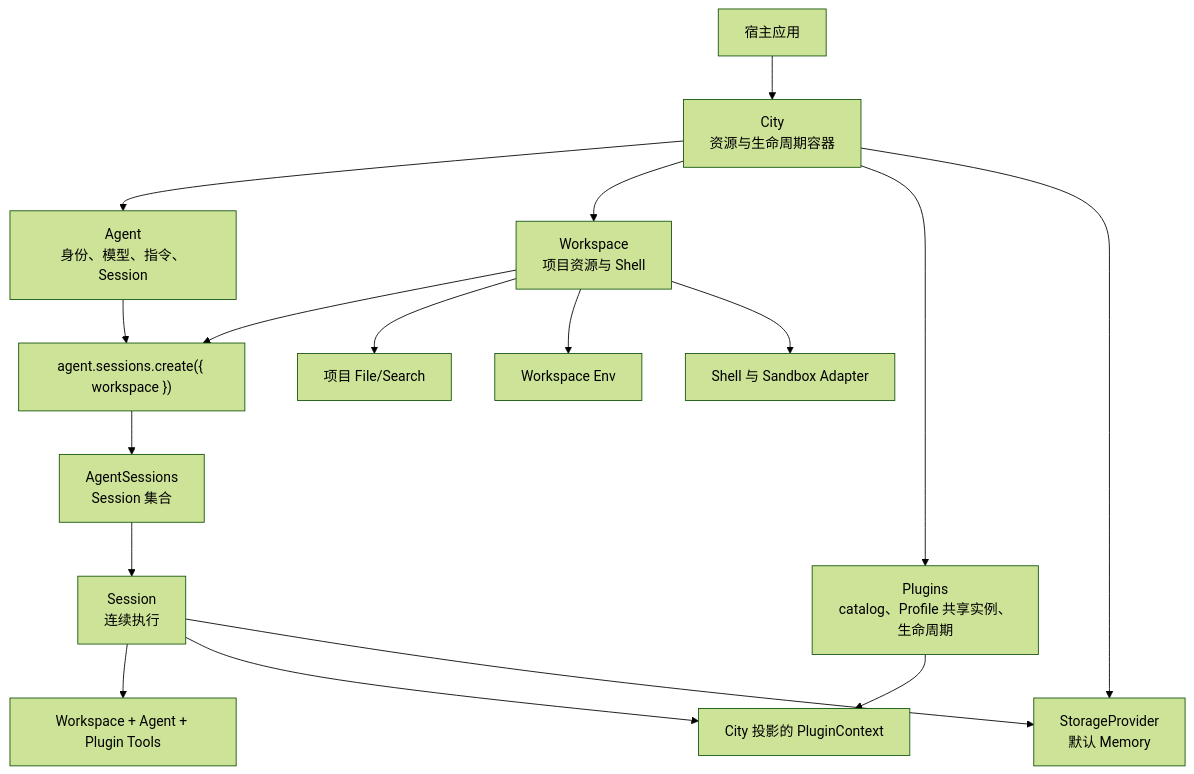
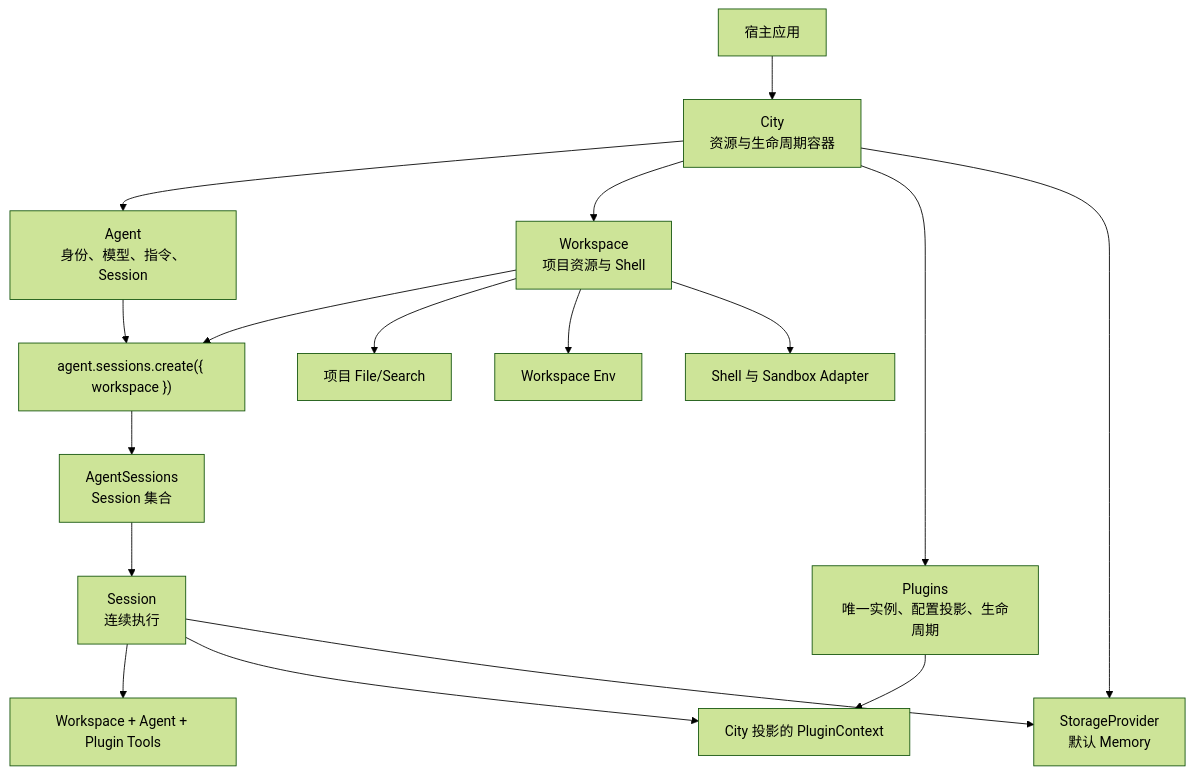
Before and after one commit to genesiscosmos/downcity: the first of 2 diagrams in homepage/content/docs/zh/agent/sdk-architecture.mdx, drawn with Mermaid (forest theme). The commit also changed other lines of this file and 174 other files, not shown here.

````diff
--- a/homepage/content/docs/zh/agent/sdk-architecture.mdx
+++ b/homepage/content/docs/zh/agent/sdk-architecture.mdx
@@ -29,19 +30,19 @@
 ```mermaid
 flowchart TD
     Host["宿主应用"] --> City["City<br/>资源与生命周期容器"]
     City --> Agent["Agent<br/>身份、模型、指令、Session"]
     City --> Workspace["Workspace<br/>项目资源与 Shell"]
-    City --> Plugins["Plugins<br/>catalog、Profile 共享实例、生命周期"]
+    City --> Plugins["Plugins<br/>唯一实例、配置投影、生命周期"]
     Agent --> Enter["agent.sessions.create({ workspace })"]
     Workspace --> Enter
     Enter --> Sessions["AgentSessions<br/>Session 集合"]
     Sessions --> Session["Session<br/>连续执行"]
     Session --> Tools["Workspace + Agent + Plugin Tools"]
     Session --> Context["City 投影的 PluginContext"]
     Plugins --> Context
     City --> Storage["StorageProvider<br/>默认 Memory"]
     Session --> Storage
     Workspace --> Files["项目 File/Search"]
     Workspace --> Env["Workspace Env"]
     Workspace --> Shell["Shell 与 Sandbox Adapter"]
 ```
````
